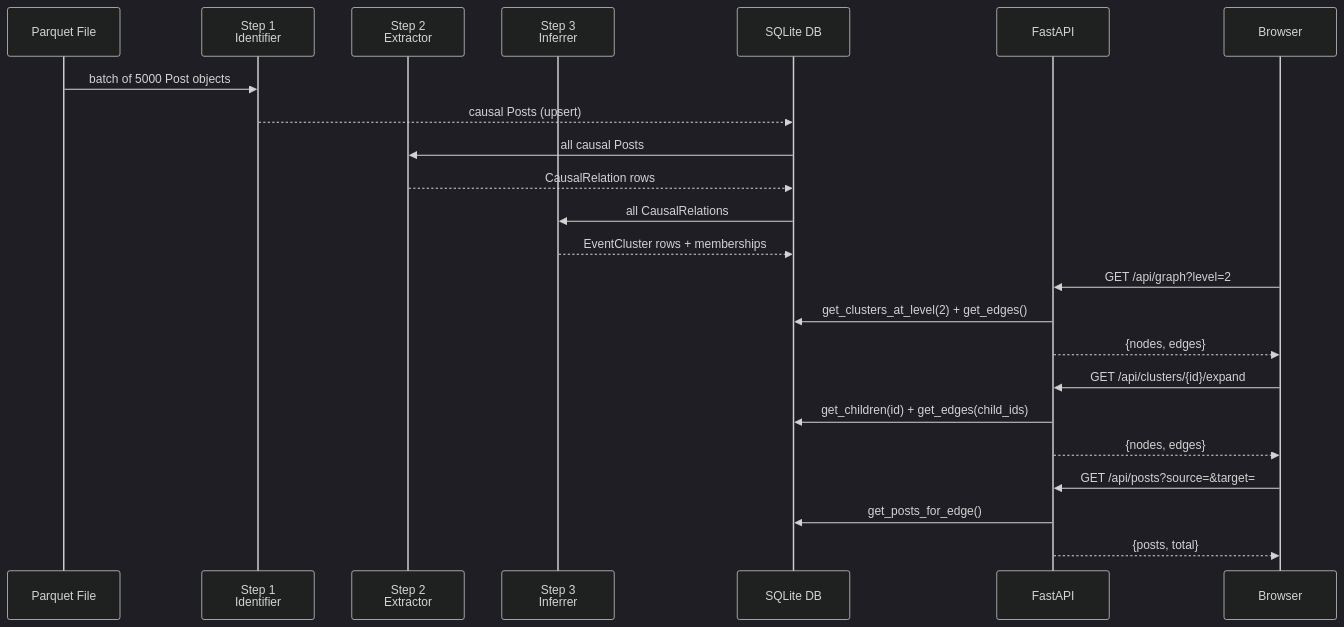
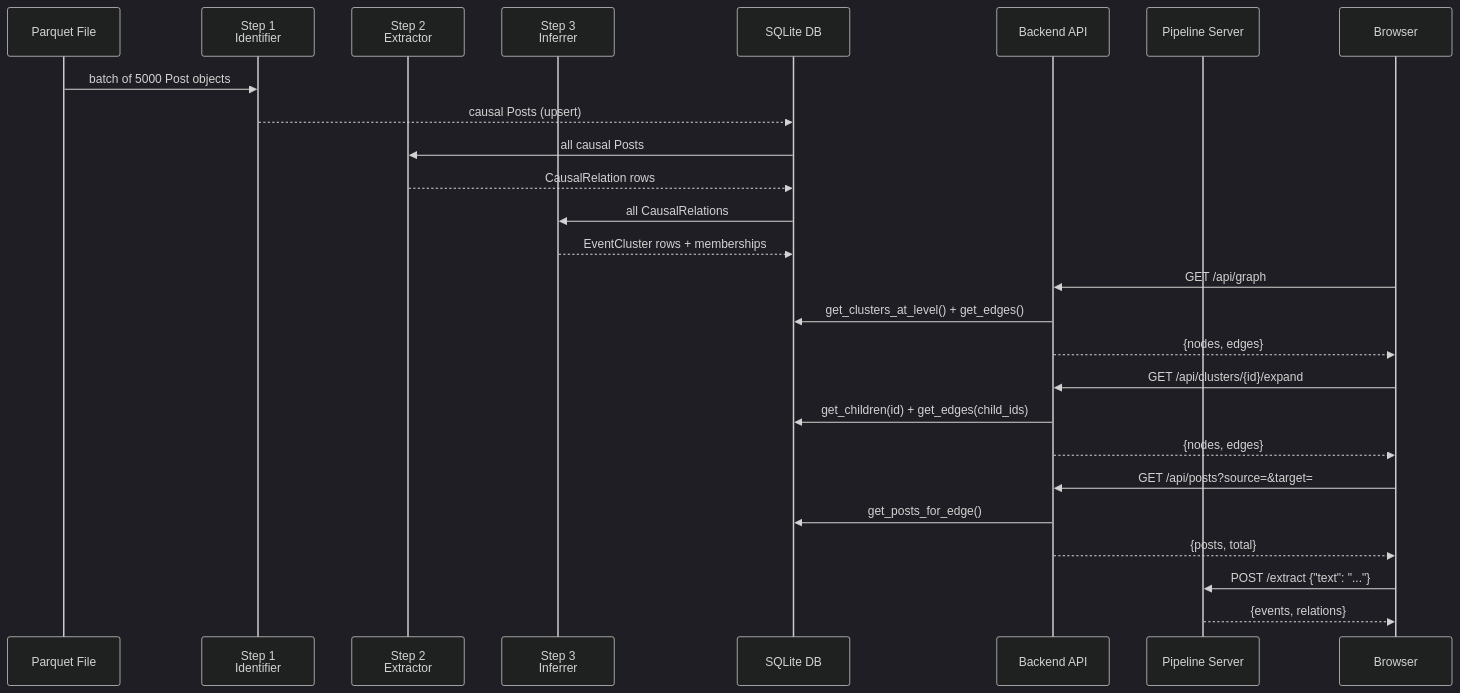
One commit to TheMrSheldon/causalgraph changed the second of 7 diagrams in docs/architecture.md. Above: the diagram before and after it, drawn with Mermaid (dark theme). The commit also changed other lines of this file and 15 other files, not shown here.

Commit message:
separated backend and pipeline

````diff
--- a/docs/architecture.md
+++ b/docs/architecture.md
@@ -47,26 +53,33 @@
 ```mermaid
 sequenceDiagram
     participant P as Parquet File
     participant S1 as Step 1<br/>Identifier
     participant S2 as Step 2<br/>Extractor
     participant S3 as Step 3<br/>Inferrer
     participant DB as SQLite DB
-    participant API as FastAPI
+    participant API as Backend API
+    participant PS as Pipeline Server
     participant UI as Browser
 
     P->>S1: batch of 5000 Post objects
     S1-->>DB: causal Posts (upsert)
     DB->>S2: all causal Posts
     S2-->>DB: CausalRelation rows
     DB->>S3: all CausalRelations
     S3-->>DB: EventCluster rows + memberships
-    UI->>API: GET /api/graph?level=2
-    API->>DB: get_clusters_at_level(2) + get_edges()
+
+    UI->>API: GET /api/graph
+    API->>DB: get_clusters_at_level() + get_edges()
     API-->>UI: {nodes, edges}
+
     UI->>API: GET /api/clusters/{id}/expand
     API->>DB: get_children(id) + get_edges(child_ids)
     API-->>UI: {nodes, edges}
+
     UI->>API: GET /api/posts?source=&target=
     API->>DB: get_posts_for_edge()
     API-->>UI: {posts, total}
+
+    UI->>PS: POST /extract {"text": "..."}
+    PS-->>UI: {events, relations}
 ```
````
